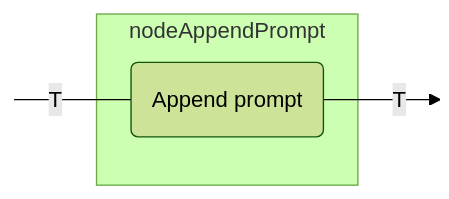
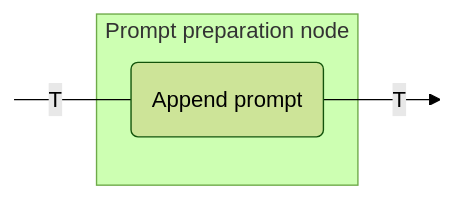
Before and after one commit to JetBrains/koog: the third of 15 diagrams in docs/docs/nodes-and-components.md, drawn with Mermaid (forest theme). The commit also changed other lines of this file and 1 other file, not shown here.

````diff
--- a/docs/docs/nodes-and-components.md
+++ b/docs/docs/nodes-and-components.md
@@ -147,13 +148,13 @@
 ```mermaid
 graph LR
     in:::hidden
     out:::hidden
     
-    subgraph node ["nodeAppendPrompt"]
+    subgraph node ["Prompt preparation node"]
         execute(Append prompt)
     end
     
     in ---|T| execute --T--> out
 
     classDef hidden display: none;
 ```
````
